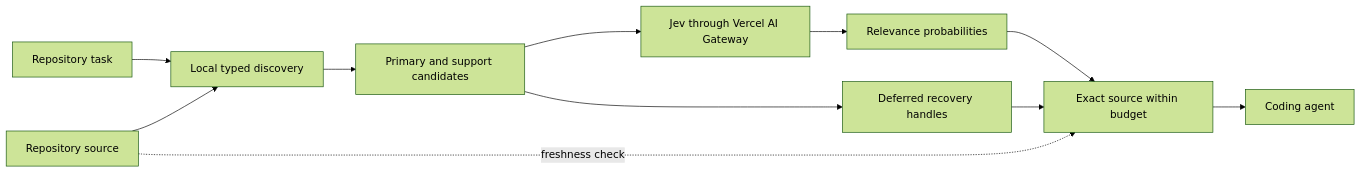
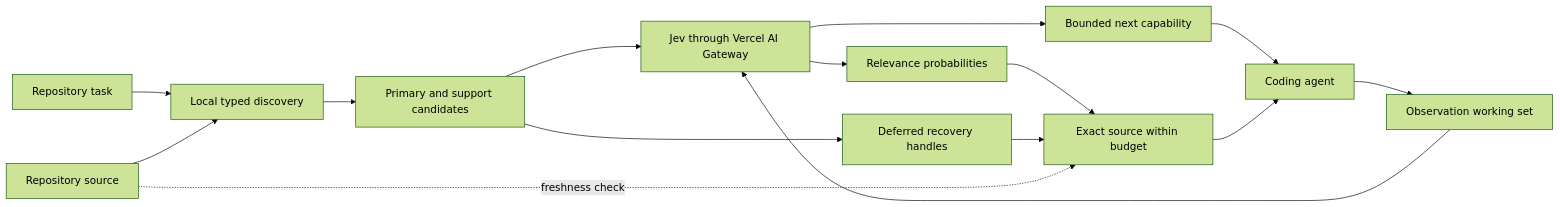
One commit to EvanGruhlkey/ContextLens changed the diagram in README.md. Above: the diagram before and after it, drawn with Mermaid (forest theme). The commit also changed other lines of this file, not shown here.

````diff
--- a/README.md
+++ b/README.md
@@ -27,13 +31,17 @@
 ```mermaid
 flowchart LR
     T["Repository task"] --> D["Local typed discovery"]
     R["Repository source"] --> D
     D --> C["Primary and support candidates"]
     C --> J["Jev through Vercel AI Gateway"]
     J --> P["Relevance probabilities"]
     P --> E["Exact source within budget"]
+    A --> S["Observation working set"]
+    S --> J
+    J --> N["Bounded next capability"]
+    N --> A
     C --> H["Deferred recovery handles"]
     H --> E
     E --> A["Coding agent"]
     R -. "freshness check" .-> E
 ```
````
